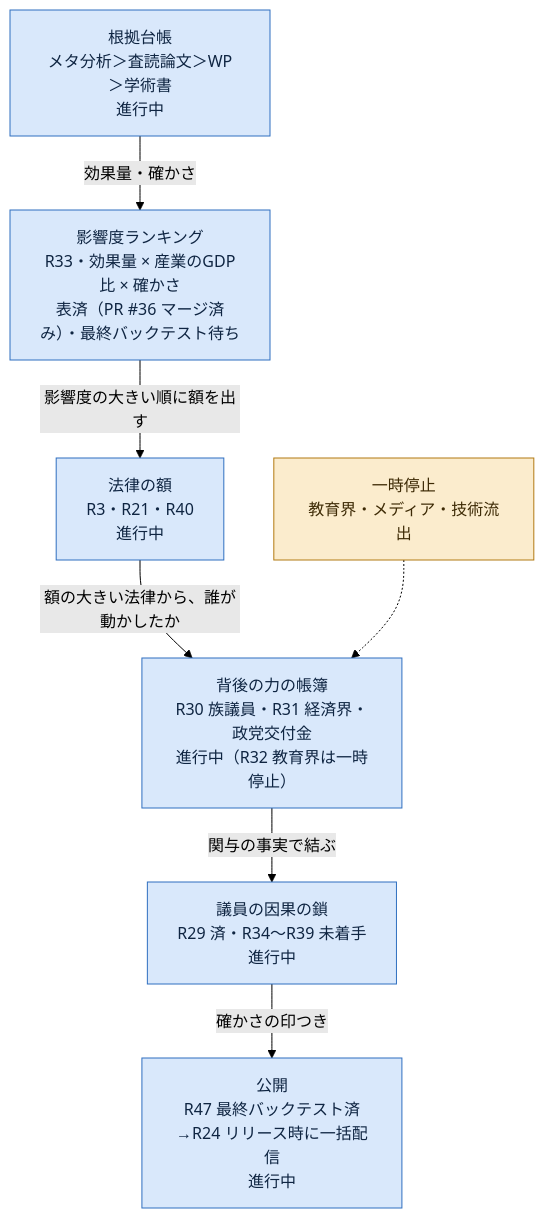
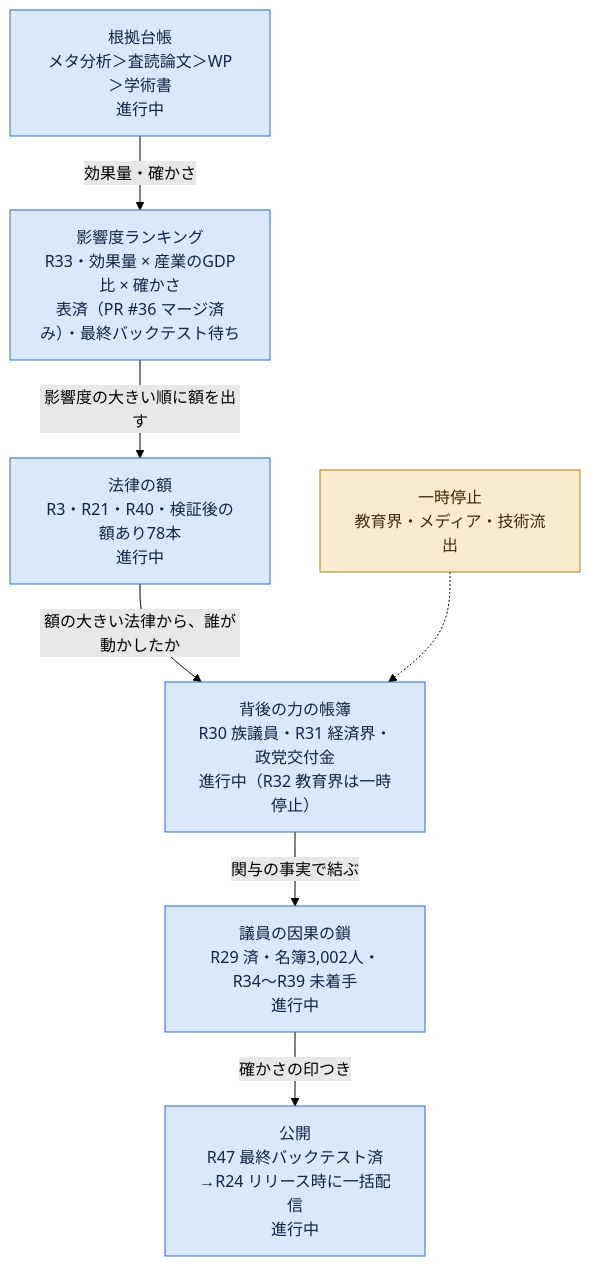
Before and after one commit to nexus-ai-2045/public-interest-lens: the second of 2 diagrams in docs/ロードマップ.md, drawn with Mermaid (forest theme).

Commit message:
ロードマップの全体図を #141 まで反映する（検証後の額あり78本・名簿3,002人）

````diff
--- a/docs/ロードマップ.md
+++ b/docs/ロードマップ.md
@@ -259,19 +259,19 @@
 ```mermaid
 flowchart TD
   A["根拠台帳<br/>メタ分析＞査読論文＞WP＞学術書<br/>進行中"]:::prog
   B["影響度ランキング<br/>R33・効果量 × 産業のGDP比 × 確かさ<br/>表済（PR #36 マージ済み）・最終バックテスト待ち"]:::prog
-  C["法律の額<br/>R3・R21・R40<br/>進行中"]:::prog
+  C["法律の額<br/>R3・R21・R40・検証後の額あり78本<br/>進行中"]:::prog
   D["背後の力の帳簿<br/>R30 族議員・R31 経済界・政党交付金<br/>進行中（R32 教育界は一時停止）"]:::prog
-  E["議員の因果の鎖<br/>R29 済・R34〜R39 未着手<br/>進行中"]:::prog
+  E["議員の因果の鎖<br/>R29 済・名簿3,002人・R34〜R39 未着手<br/>進行中"]:::prog
   F["公開<br/>R47 最終バックテスト済→R24 リリース時に一括配信<br/>進行中"]:::prog
   A -->|"効果量・確かさ"| B
   B -->|"影響度の大きい順に額を出す"| C
   C -->|"額の大きい法律から、誰が動かしたか"| D
   D -->|"関与の事実で結ぶ"| E
   E -->|"確かさの印つき"| F
   P["一時停止<br/>教育界・メディア・技術流出"]:::pause -.-> D
   classDef done fill:#d7efdc,stroke:#2e7d46,color:#102a18
   classDef prog fill:#d9e8fb,stroke:#2f6fc0,color:#0f2542
   classDef pause fill:#fbeccd,stroke:#b27a12,color:#3d2a05
   classDef todo fill:#f1f1f1,stroke:#888,stroke-dasharray:4 3,color:#222
 ```
````
